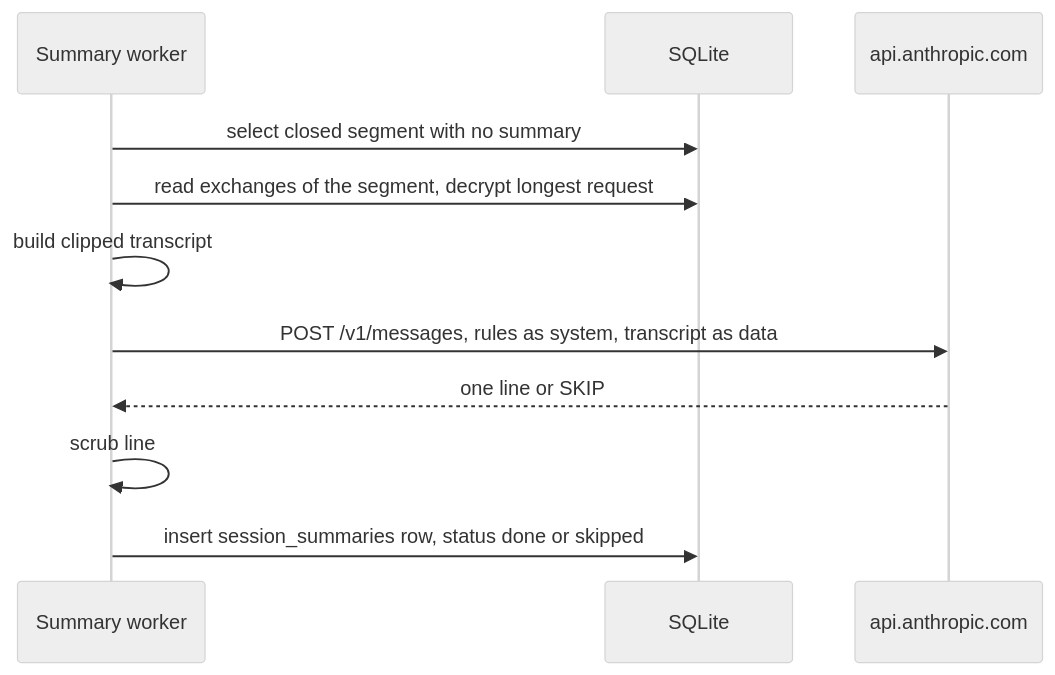
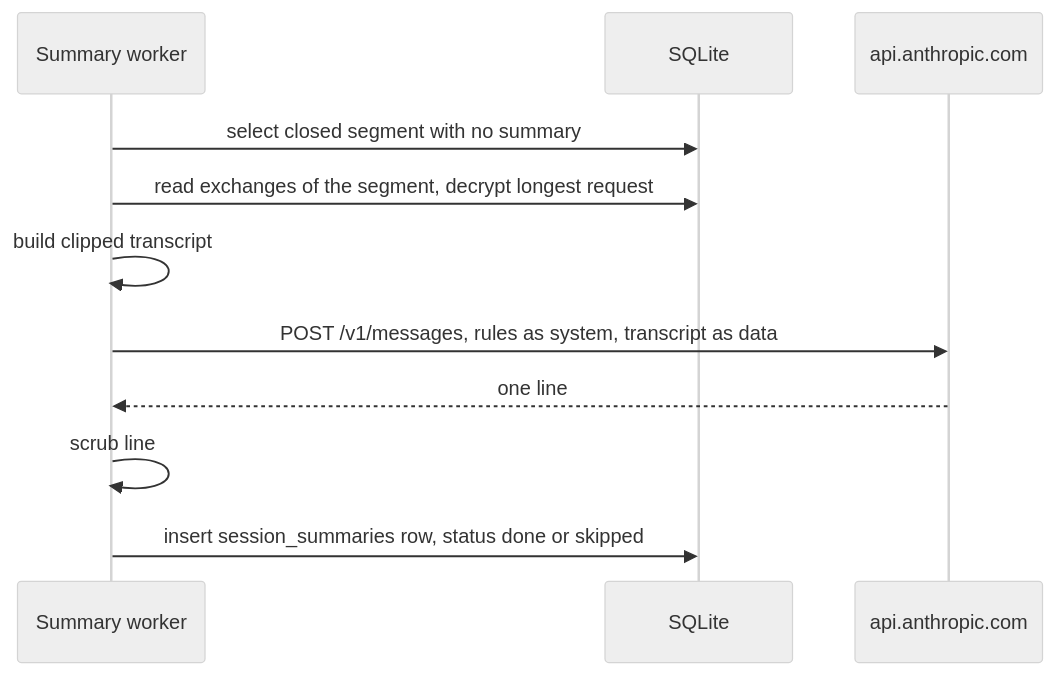
One commit to desek/agentloupe changed the third of 5 diagrams in docs/cr/CR-0006-session-summaries.md. Above: the diagram before and after it, drawn with Mermaid (neutral theme). The commit also changed other lines of this file, not shown here.

````diff
--- a/docs/cr/CR-0006-session-summaries.md
+++ b/docs/cr/CR-0006-session-summaries.md
@@ -77,13 +78,13 @@
 ```mermaid
 sequenceDiagram
     participant W as Summary worker
     participant DB as SQLite
     participant A as api.anthropic.com
     W->>DB: select closed segment with no summary
     W->>DB: read exchanges of the segment, decrypt longest request
     W->>W: build clipped transcript
     W->>A: POST /v1/messages, rules as system, transcript as data
-    A-->>W: one line or SKIP
+    A-->>W: one line
     W->>W: scrub line
     W->>DB: insert session_summaries row, status done or skipped
 ```
````
